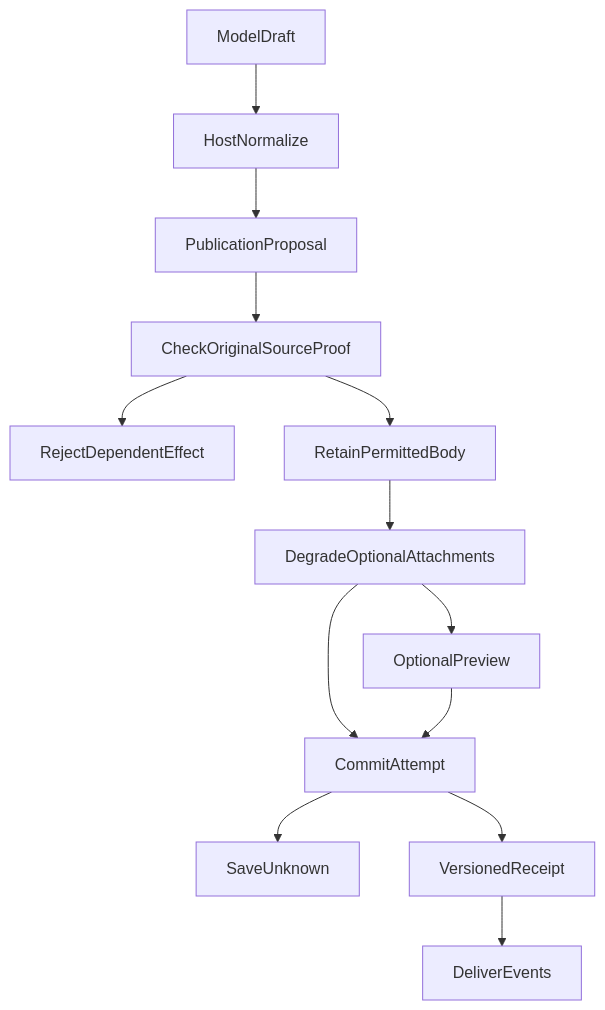
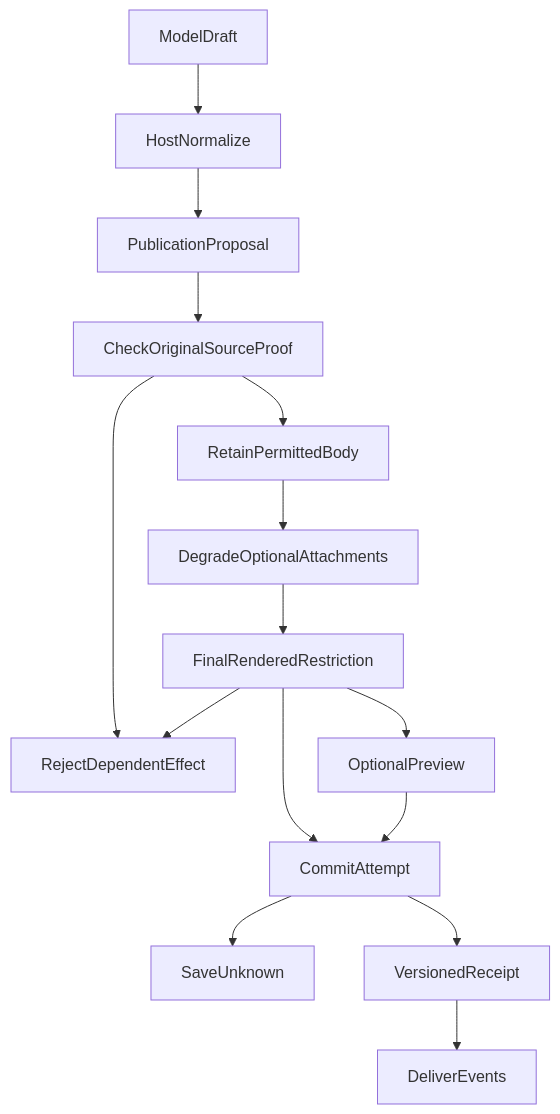
Before and after one commit to hpoenixf/eff-agent-article: the diagram in en/articles/019-agent-answer-publication.md, drawn with Mermaid. The commit also changed other lines of this file and 47 other files, not shown here.

````diff
--- a/en/articles/019-agent-answer-publication.md
+++ b/en/articles/019-agent-answer-publication.md
@@ -82,15 +134,17 @@
 ```mermaid
 graph TD
 ModelDraft --> HostNormalize
 HostNormalize --> PublicationProposal
 PublicationProposal --> CheckOriginalSourceProof
 CheckOriginalSourceProof --> RejectDependentEffect
 CheckOriginalSourceProof --> RetainPermittedBody
 RetainPermittedBody --> DegradeOptionalAttachments
-DegradeOptionalAttachments --> OptionalPreview
-DegradeOptionalAttachments --> CommitAttempt
+DegradeOptionalAttachments --> FinalRenderedRestriction
+FinalRenderedRestriction --> RejectDependentEffect
+FinalRenderedRestriction --> OptionalPreview
+FinalRenderedRestriction --> CommitAttempt
 OptionalPreview --> CommitAttempt
 CommitAttempt --> SaveUnknown
 CommitAttempt --> VersionedReceipt
 VersionedReceipt --> DeliverEvents
 ```
````
